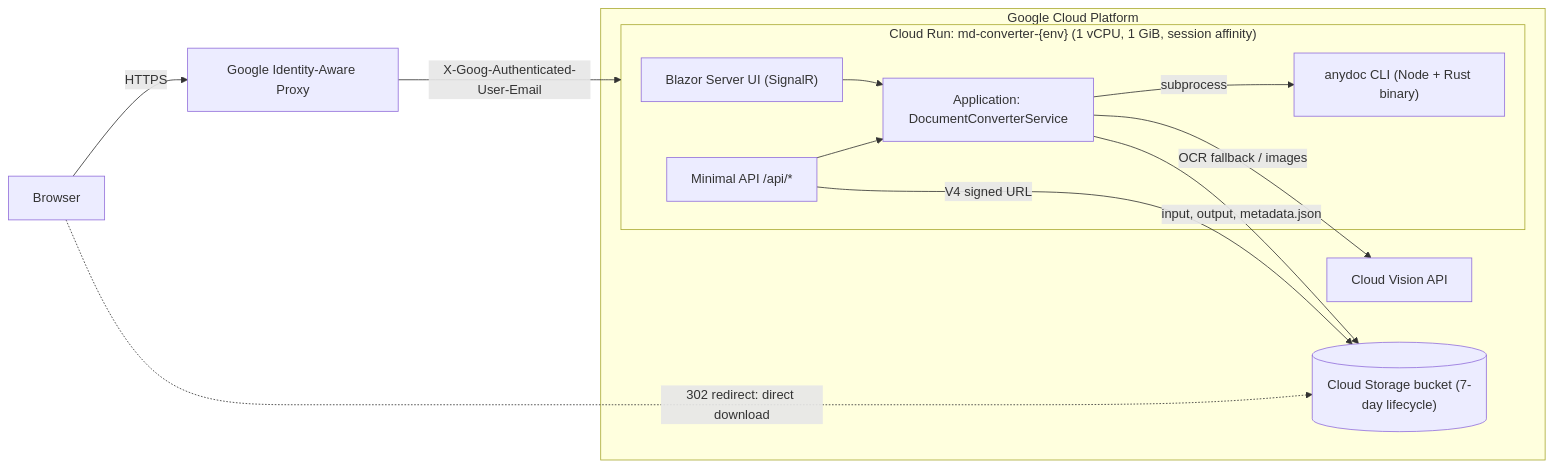
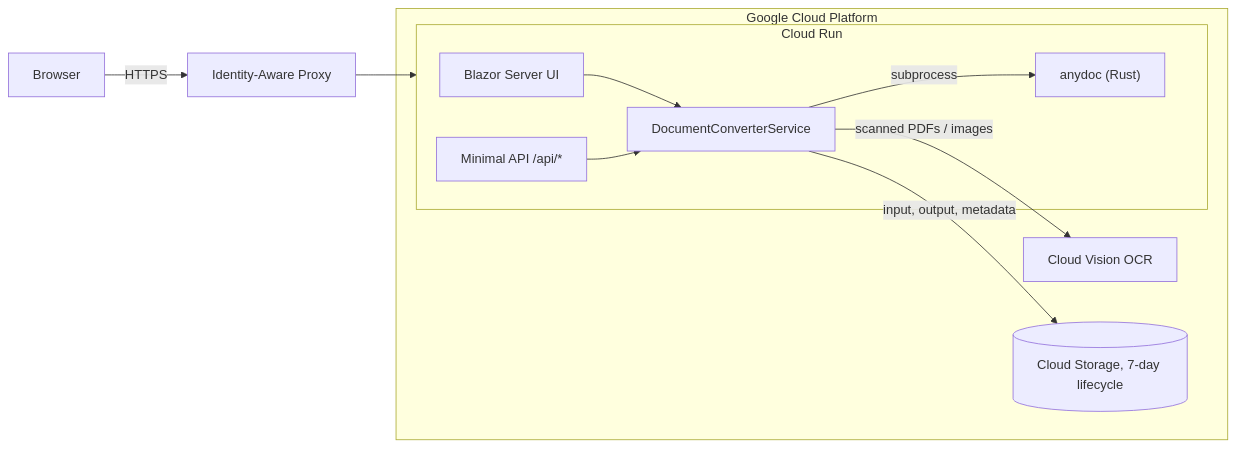
The first of 2 diagrams in README.md (IgnacioCastro0713/DocumentMDConverter), drawn with Mermaid before and after one commit. The commit also changed other lines of this file, not shown here.

Commit message:
Polish README and highlight anydoc

````diff
--- a/README.md
+++ b/README.md
@@ -61,24 +55,21 @@
 ```mermaid
 flowchart LR
-    User["Browser"] -->|"HTTPS"| IAP["Google Identity-Aware Proxy"]
-    IAP -->|"X-Goog-Authenticated-User-Email"| Run
+    User["Browser"] -->|"HTTPS"| IAP["Identity-Aware Proxy"]
+    IAP --> Run
 
     subgraph GCP["Google Cloud Platform"]
-        subgraph Run["Cloud Run: md-converter-{env} (1 vCPU, 1 GiB, session affinity)"]
-            Blazor["Blazor Server UI (SignalR)"]
+        subgraph Run["Cloud Run"]
+            UI["Blazor Server UI"]
             API["Minimal API /api/*"]
-            App["Application: DocumentConverterService"]
-            Anydoc["anydoc CLI (Node + Rust binary)"]
-            Blazor --> App
+            App["DocumentConverterService"]
+            Anydoc["anydoc (Rust)"]
+            UI --> App
             API --> App
             App -->|"subprocess"| Anydoc
         end
-        Vision["Cloud Vision API"]
-        GCS[("Cloud Storage bucket (7-day lifecycle)")]
-        App -->|"OCR fallback / images"| Vision
-        App -->|"input, output, metadata.json"| GCS
-        API -->|"V4 signed URL"| GCS
+        Vision["Cloud Vision OCR"]
+        GCS[("Cloud Storage, 7-day lifecycle")]
+        App -->|"scanned PDFs / images"| Vision
+        App -->|"input, output, metadata"| GCS
     end
-
-    User -.->|"302 redirect: direct download"| GCS
 ```
````
